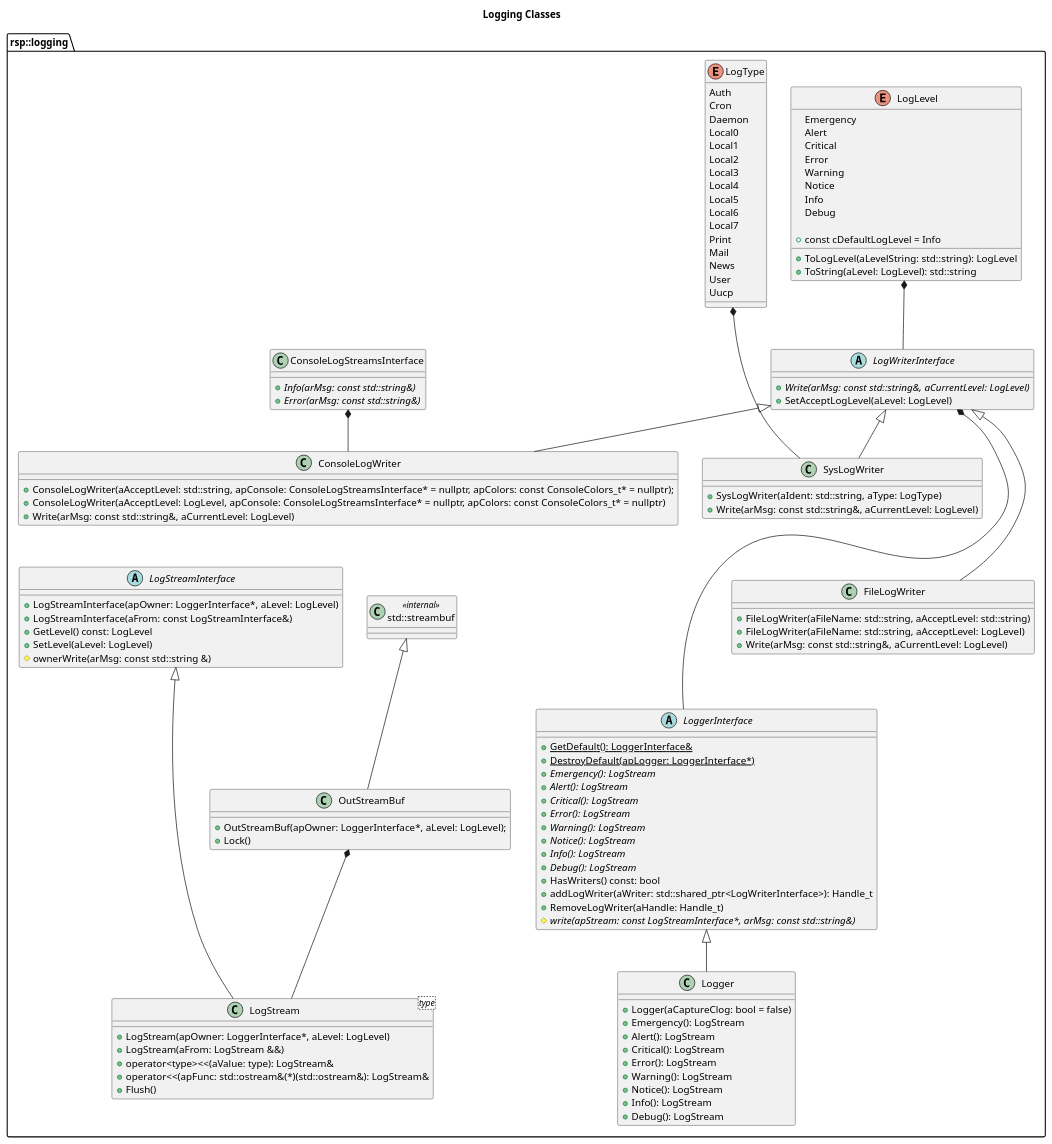
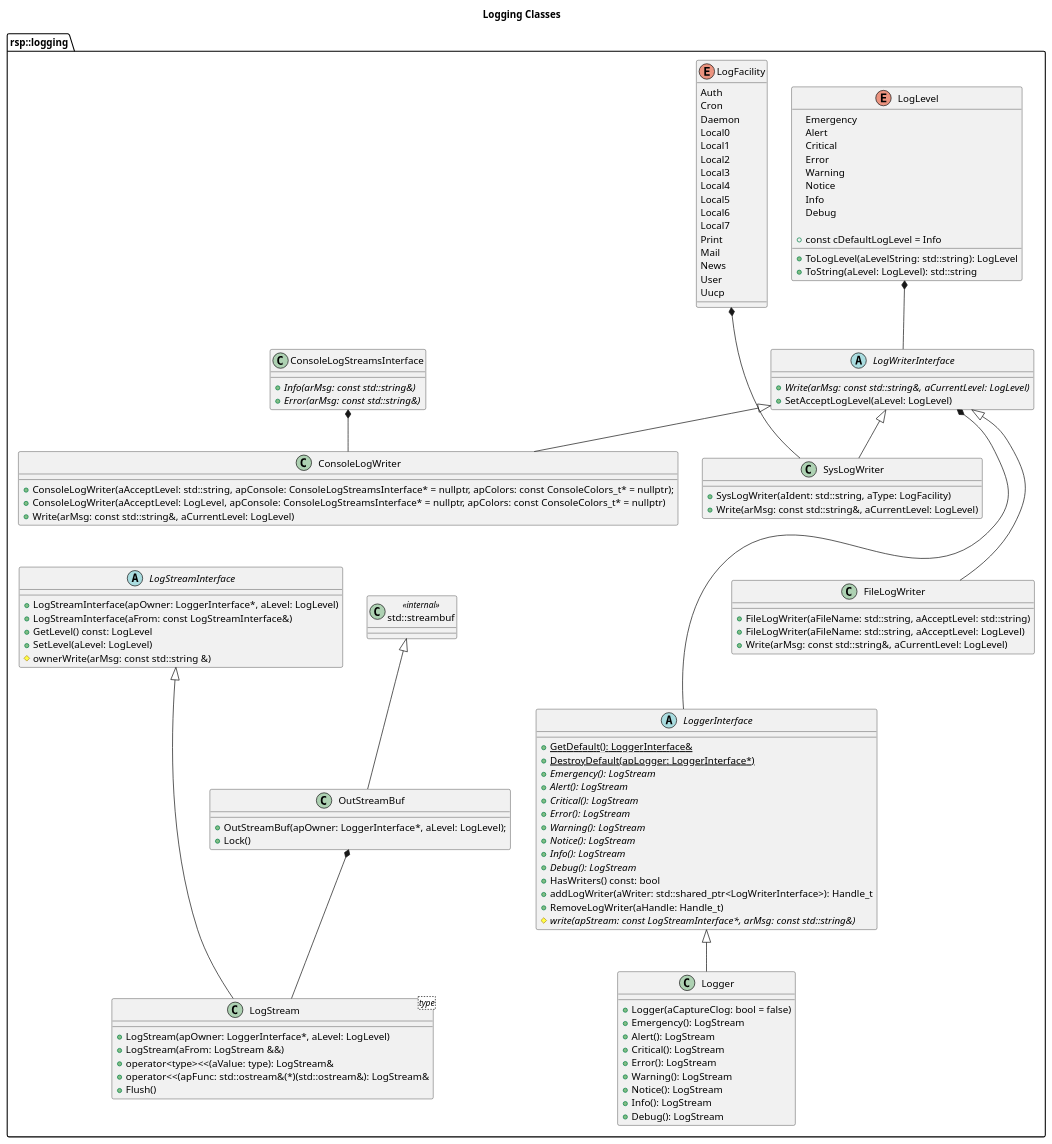
Before and after one commit to rsps/rsp-core-library: the diagram in docs/uml/Logging Classes.puml, drawn with PlantUML. The commit also changed 4 other files, not shown here.

```diff
--- a/docs/uml/Logging Classes.puml
+++ b/docs/uml/Logging Classes.puml
@@ -1,143 +1,143 @@
 @startuml
 
 
 title Logging Classes
 
 namespace rsp::logging {
 
 enum LogLevel {
     Emergency
     Alert
     Critical
     Error
     Warning
     Notice
     Info
     Debug
 
     +const cDefaultLogLevel = Info
     +ToLogLevel(aLevelString: std::string): LogLevel
     +ToString(aLevel: LogLevel): std::string
 }
 
-enum LogType {
+enum LogFacility {
     Auth
     Cron
     Daemon
     Local0
     Local1
     Local2
     Local3
     Local4
     Local5
     Local6
     Local7
     Print
     Mail
     News
     User
     Uucp
 }
 
 abstract LoggerInterface {
     +{static} GetDefault(): LoggerInterface&
     +{static} DestroyDefault(apLogger: LoggerInterface*)
     +{abstract} Emergency(): LogStream
     +{abstract} Alert(): LogStream
     +{abstract} Critical(): LogStream
     +{abstract} Error(): LogStream
     +{abstract} Warning(): LogStream
     +{abstract} Notice(): LogStream
     +{abstract} Info(): LogStream
     +{abstract} Debug(): LogStream
     +HasWriters() const: bool
     +addLogWriter(aWriter: std::shared_ptr<LogWriterInterface>): Handle_t
     +RemoveLogWriter(aHandle: Handle_t)
     #{abstract} write(apStream: const LogStreamInterface*, arMsg: const std::string&)
 }
 
 abstract LogStreamInterface {
     +LogStreamInterface(apOwner: LoggerInterface*, aLevel: LogLevel)
     +LogStreamInterface(aFrom: const LogStreamInterface&)
     +GetLevel() const: LogLevel
     +SetLevel(aLevel: LogLevel)
     #ownerWrite(arMsg: const std::string &)
 }
 
 abstract LogWriterInterface {
     +{abstract} Write(arMsg: const std::string&, aCurrentLevel: LogLevel)
     +SetAcceptLogLevel(aLevel: LogLevel)
 }
 
 class LogStream<type> {
     +LogStream(apOwner: LoggerInterface*, aLevel: LogLevel)
     +LogStream(aFrom: LogStream &&)
     +operator<type><<(aValue: type): LogStream&
     +operator<<(apFunc: std::ostream&(*)(std::ostream&): LogStream&
     +Flush()
 }
 
 class Logger {
     +Logger(aCaptureClog: bool = false)
     +Emergency(): LogStream
     +Alert(): LogStream
     +Critical(): LogStream
     +Error(): LogStream
     +Warning(): LogStream
     +Notice(): LogStream
     +Info(): LogStream
     +Debug(): LogStream
 }
 
 class streambuf as "std::streambuf" <<internal>>
 
 class OutStreamBuf {
     +OutStreamBuf(apOwner: LoggerInterface*, aLevel: LogLevel);
     +Lock()
 }
 
 class ConsoleLogStreamsInterface {
     +{abstract} Info(arMsg: const std::string&)
     +{abstract} Error(arMsg: const std::string&)
 }
 
 class ConsoleLogWriter {
     +ConsoleLogWriter(aAcceptLevel: std::string, apConsole: ConsoleLogStreamsInterface* = nullptr, apColors: const ConsoleColors_t* = nullptr);
     +ConsoleLogWriter(aAcceptLevel: LogLevel, apConsole: ConsoleLogStreamsInterface* = nullptr, apColors: const ConsoleColors_t* = nullptr)
     +Write(arMsg: const std::string&, aCurrentLevel: LogLevel)
 
 }
 
 class SysLogWriter {
-    +SysLogWriter(aIdent: std::string, aType: LogType)
+    +SysLogWriter(aIdent: std::string, aType: LogFacility)
     +Write(arMsg: const std::string&, aCurrentLevel: LogLevel)
 }
 
 class FileLogWriter {
     +FileLogWriter(aFileName: std::string, aAcceptLevel: std::string)
     +FileLogWriter(aFileName: std::string, aAcceptLevel: LogLevel)
     +Write(arMsg: const std::string&, aCurrentLevel: LogLevel)
 }
 
 streambuf <|-- OutStreamBuf
 LoggerInterface <|-- Logger
 LogStreamInterface <|--- LogStream
 OutStreamBuf *-- LogStream
 
 LogWriterInterface <|-- ConsoleLogWriter
 LogWriterInterface <|-- SysLogWriter
 LogWriterInterface <|--- FileLogWriter
-LogType *--- SysLogWriter
+LogFacility *--- SysLogWriter
 LogLevel *-- LogWriterInterface
 
 ConsoleLogStreamsInterface *-- ConsoleLogWriter
 
 LogWriterInterface *---- LoggerInterface
 
 'LogStream <-[hidden]- LoggerInterface
 ConsoleLogWriter <-[hidden]- LogStreamInterface
 ConsoleLogWriter <-[hidden]- streambuf
 
 }
 
 @enduml
```
